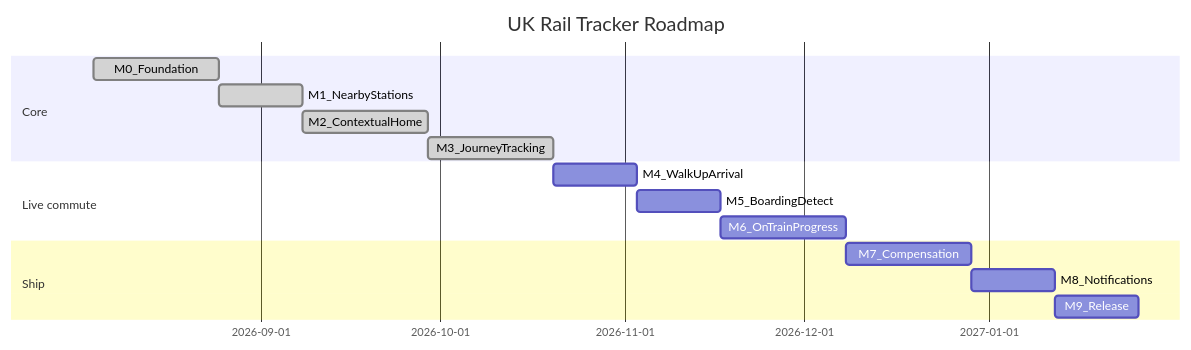
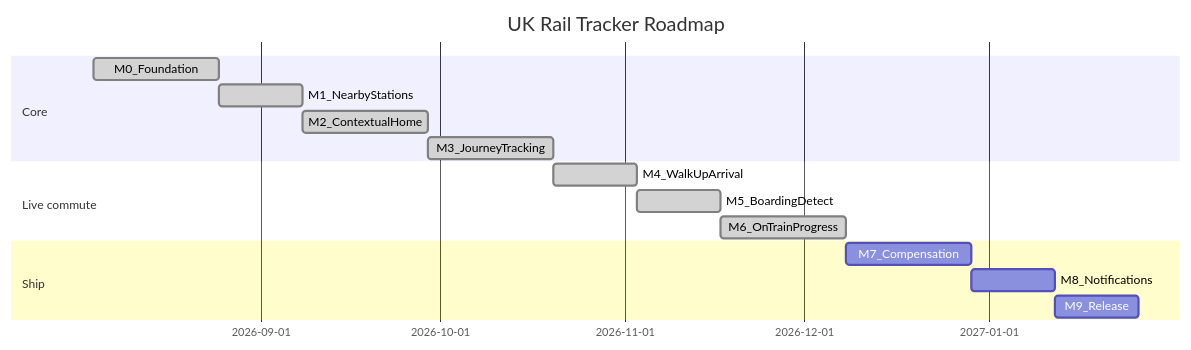
Before and after one commit to mazerunner70/uk-rail-tracker: the first of 2 diagrams in docs/milestone-roadmap.md, drawn with Mermaid. The commit also changed other lines of this file and 67 other files, not shown here.

````diff
--- a/docs/milestone-roadmap.md
+++ b/docs/milestone-roadmap.md
@@ -7,18 +7,18 @@
 ```mermaid
 gantt
     title UK Rail Tracker Roadmap
     dateFormat YYYY-MM-DD
     section Core
     M0_Foundation           :done, m0, 2026-08-04, 21d
     M1_NearbyStations       :done, m1, after m0, 14d
     M2_ContextualHome       :done, m2, after m1, 21d
     M3_JourneyTracking      :done, m3, after m2, 21d
     section Live commute
-    M4_WalkUpArrival        :m4, after m3, 14d
-    M5_BoardingDetect       :m5, after m4, 14d
-    M6_OnTrainProgress      :m6, after m5, 21d
+    M4_WalkUpArrival        :done, m4, after m3, 14d
+    M5_BoardingDetect       :done, m5, after m4, 14d
+    M6_OnTrainProgress      :done, m6, after m5, 21d
     section Ship
     M7_Compensation         :m7, after m6, 21d
     M8_Notifications        :m8, after m7, 14d
     M9_Release              :m9, after m8, 14d
 ```
````
